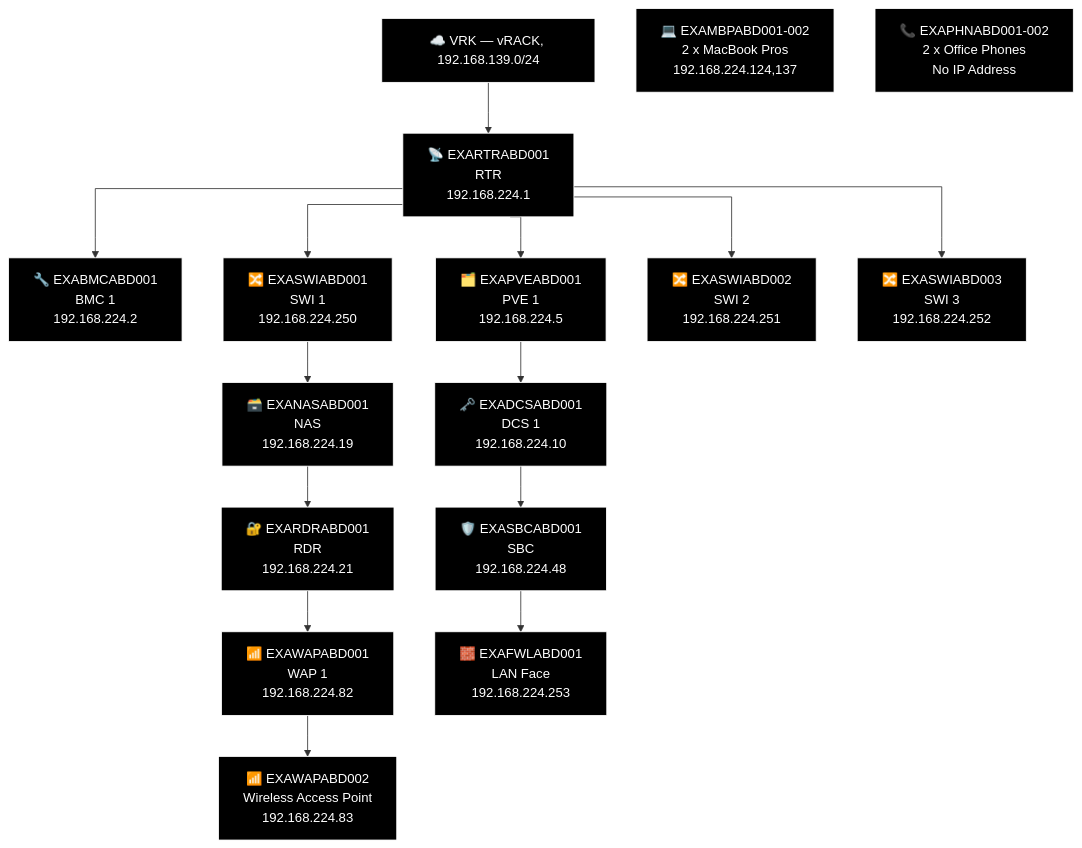
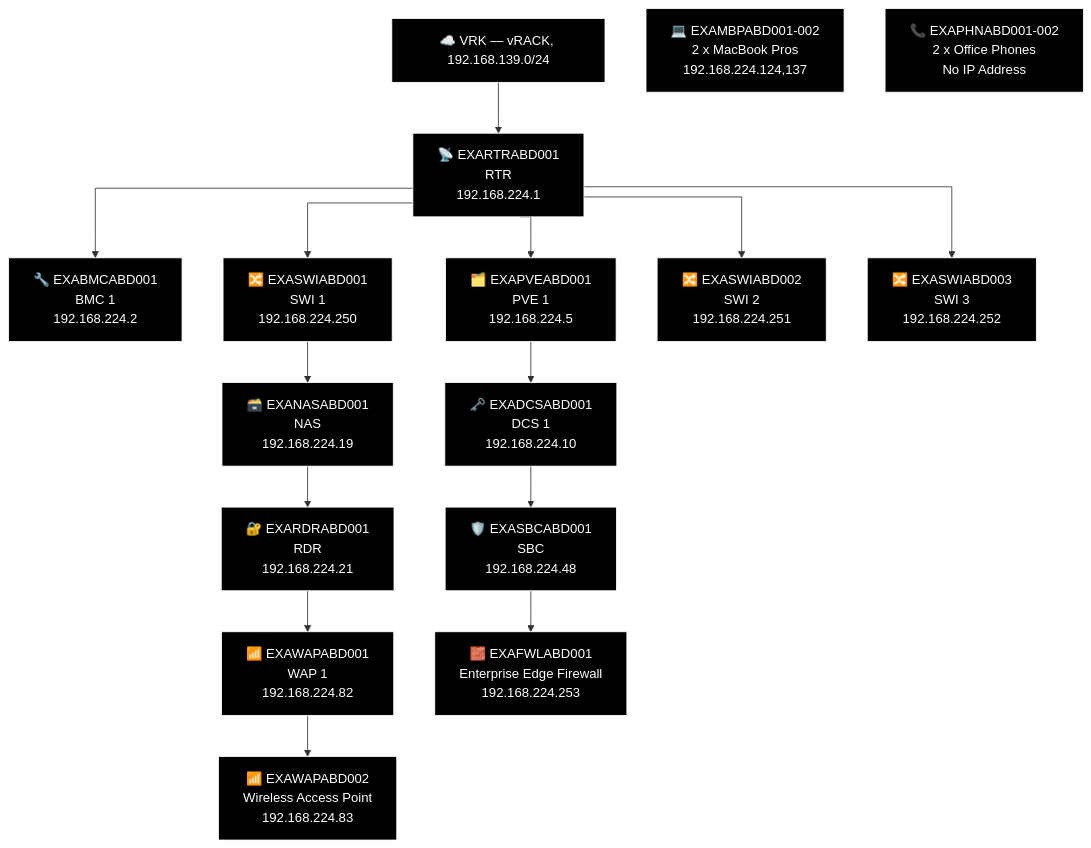
Before and after one commit to knightmare2600/example_music_infra: diagram 21 of 21 in docs/network-diagram/scotland.md, drawn with Mermaid. The commit also changed other lines of this file and 19 other files, not shown here.

````diff
--- a/docs/network-diagram/scotland.md
+++ b/docs/network-diagram/scotland.md
@@ -1155,46 +1155,46 @@
 ```mermaid
 %% GENERATED:TOPOLOGY:ABD:START
 %%{init: {'flowchart': {'curve': 'stepAfter'}}}%%
 graph TD
     T_VRK["☁️ VRK — vRACK, 192.168.139.0/24"]
     T_RTR["📡 EXARTRABD001<br/>RTR<br/>192.168.224.1"]
     T_VRK --> T_RTR
     T_BMC["🔧 EXABMCABD001<br/>BMC 1<br/>192.168.224.2"]
     T_RTR --> T_BMC
     T_PVE["🗂️ EXAPVEABD001<br/>PVE 1<br/>192.168.224.5"]
     T_RTR --> T_PVE
     T_SWI["🔀 EXASWIABD001<br/>SWI 1<br/>192.168.224.250"]
     T_RTR --> T_SWI
     T_SWI2["🔀 EXASWIABD002<br/>SWI 2<br/>192.168.224.251"]
     T_RTR --> T_SWI2
     T_SWI3["🔀 EXASWIABD003<br/>SWI 3<br/>192.168.224.252"]
     T_RTR --> T_SWI3
     T_NAS["🗃️ EXANASABD001<br/>NAS<br/>192.168.224.19"]
     T_RDR["🔐 EXARDRABD001<br/>RDR<br/>192.168.224.21"]
     T_WAP["📶 EXAWAPABD001<br/>WAP 1<br/>192.168.224.82"]
     T_WAP2["📶 EXAWAPABD002<br/>Wireless Access Point<br/>192.168.224.83"]
     T_SWI --> T_NAS --> T_RDR --> T_WAP --> T_WAP2
     T_DCS["🗝️ EXADCSABD001<br/>DCS 1<br/>192.168.224.10"]
     T_SBC["🛡️ EXASBCABD001<br/>SBC<br/>192.168.224.48"]
-    T_FWL["🧱 EXAFWLABD001<br/>LAN Face<br/>192.168.224.253"]
+    T_FWL["🧱 EXAFWLABD001<br/>Enterprise Edge Firewall<br/>192.168.224.253"]
     T_PVE --> T_DCS --> T_SBC --> T_FWL
     T_OTH_MBP["💻 EXAMBPABD001-002<br/>2 x MacBook Pros<br/>192.168.224.124,137"]
     T_OTH_PHN["📞 EXAPHNABD001-002<br/>2 x Office Phones<br/>No IP Address"]
     style T_VRK fill:#000000,stroke:#FFFFFF,color:#FFFFFF
     style T_RTR fill:#000000,stroke:#FFFFFF,color:#FFFFFF
     style T_BMC fill:#000000,stroke:#FFFFFF,color:#FFFFFF
     style T_PVE fill:#000000,stroke:#FFFFFF,color:#FFFFFF
     style T_SWI fill:#000000,stroke:#FFFFFF,color:#FFFFFF
     style T_SWI2 fill:#000000,stroke:#FFFFFF,color:#FFFFFF
     style T_SWI3 fill:#000000,stroke:#FFFFFF,color:#FFFFFF
     style T_NAS fill:#000000,stroke:#FFFFFF,color:#FFFFFF
     style T_RDR fill:#000000,stroke:#FFFFFF,color:#FFFFFF
     style T_WAP fill:#000000,stroke:#FFFFFF,color:#FFFFFF
     style T_WAP2 fill:#000000,stroke:#FFFFFF,color:#FFFFFF
     style T_DCS fill:#000000,stroke:#FFFFFF,color:#FFFFFF
     style T_SBC fill:#000000,stroke:#FFFFFF,color:#FFFFFF
     style T_FWL fill:#000000,stroke:#FFFFFF,color:#FFFFFF
     style T_OTH_MBP fill:#000000,stroke:#FFFFFF,color:#FFFFFF
     style T_OTH_PHN fill:#000000,stroke:#FFFFFF,color:#FFFFFF
 %% GENERATED:TOPOLOGY:ABD:END
 ```
````
